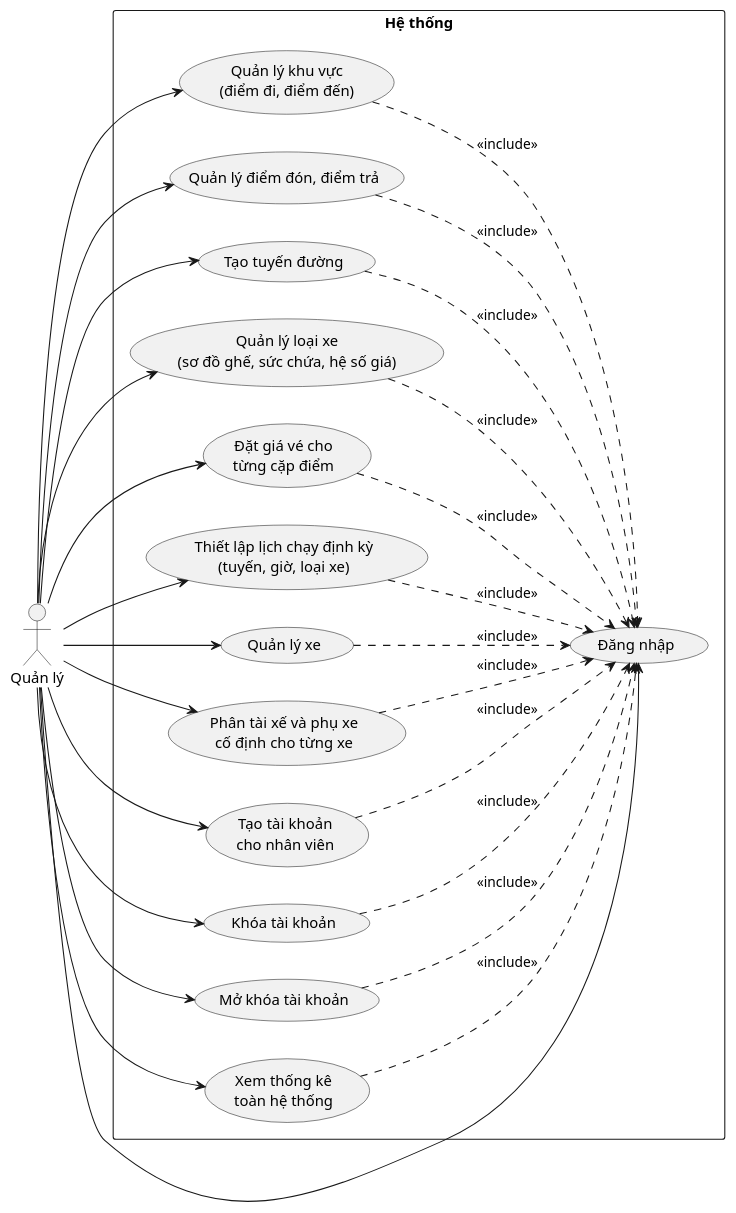
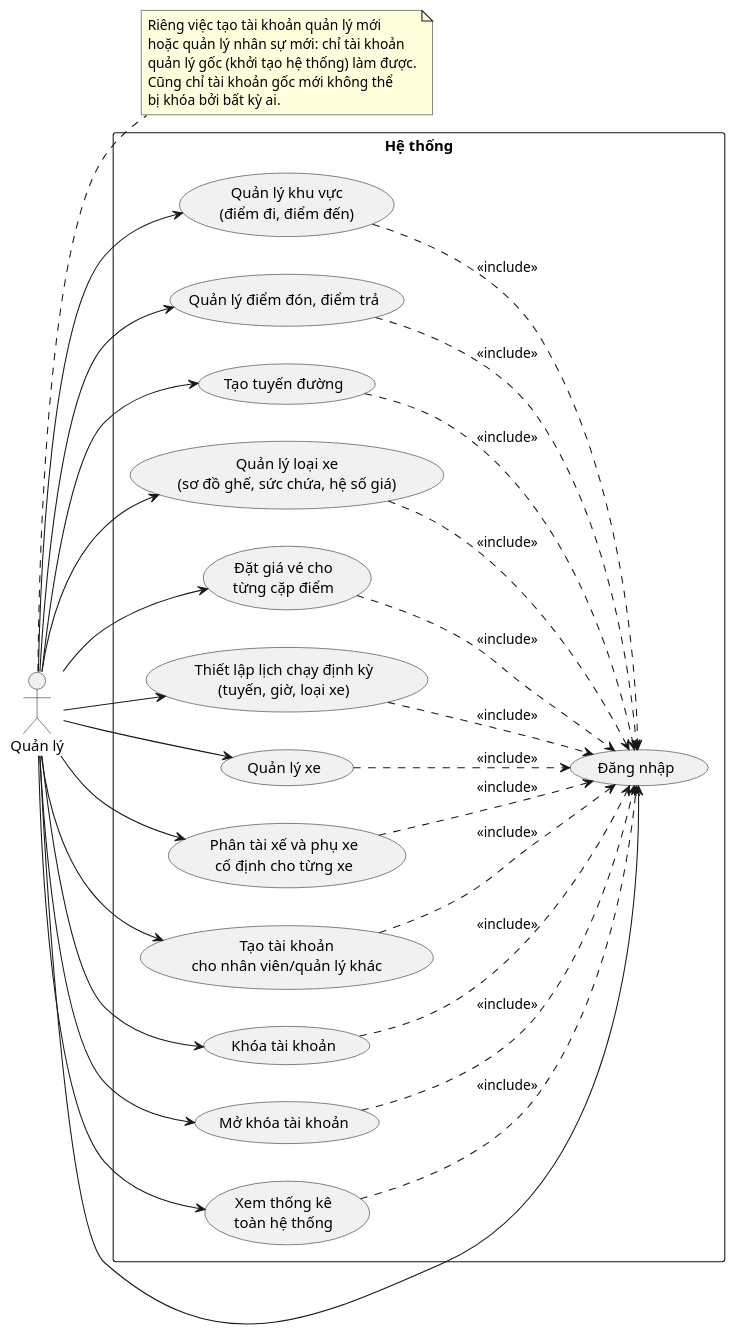
One commit to nguyenvietanhit19/Project1_HeThongQuanLyNhaXeKhachLienTinh changed the sixth of 52 diagrams in UML_DIAGRAMS.md. Above: the diagram before and after it, drawn with PlantUML. The commit also changed other lines of this file and 4 other files, not shown here.

````diff
--- a/UML_DIAGRAMS.md
+++ b/UML_DIAGRAMS.md
@@ -204,49 +204,56 @@
 ```plantuml
 @startuml UseCase_QuanLy
 left to right direction
 actor "Quản lý" as QL
+note right of QL
+  Riêng việc tạo tài khoản quản lý mới
+  hoặc quản lý nhân sự mới: chỉ tài khoản
+  quản lý gốc (khởi tạo hệ thống) làm được.
+  Cũng chỉ tài khoản gốc mới không thể
+  bị khóa bởi bất kỳ ai.
+end note
 
 rectangle "Hệ thống" {
   usecase "Đăng nhập" as UC02
   usecase "Quản lý khu vực\n(điểm đi, điểm đến)" as UC29
   usecase "Quản lý điểm đón, điểm trả" as UC30
   usecase "Tạo tuyến đường" as UC31
   usecase "Quản lý loại xe\n(sơ đồ ghế, sức chứa, hệ số giá)" as UC32
   usecase "Đặt giá vé cho\ntừng cặp điểm" as UC33
   usecase "Thiết lập lịch chạy định kỳ\n(tuyến, giờ, loại xe)" as UC18
   usecase "Quản lý xe" as UC34
   usecase "Phân tài xế và phụ xe\ncố định cho từng xe" as UC35
-  usecase "Tạo tài khoản\ncho nhân viên" as UC36
+  usecase "Tạo tài khoản\ncho nhân viên/quản lý khác" as UC36
   usecase "Khóa tài khoản" as UC37
   usecase "Mở khóa tài khoản" as UC38
   usecase "Xem thống kê\ntoàn hệ thống" as UC39
 }
 
 QL --> UC02
 QL --> UC29
 QL --> UC30
 QL --> UC31
 QL --> UC32
 QL --> UC33
 QL --> UC18
 QL --> UC34
 QL --> UC35
 QL --> UC36
 QL --> UC37
 QL --> UC38
 QL --> UC39
 
 UC29 ..> UC02 : <<include>>
 UC30 ..> UC02 : <<include>>
 UC31 ..> UC02 : <<include>>
 UC32 ..> UC02 : <<include>>
 UC33 ..> UC02 : <<include>>
 UC18 ..> UC02 : <<include>>
 UC34 ..> UC02 : <<include>>
 UC35 ..> UC02 : <<include>>
 UC36 ..> UC02 : <<include>>
 UC37 ..> UC02 : <<include>>
 UC38 ..> UC02 : <<include>>
 UC39 ..> UC02 : <<include>>
 @enduml
 ```
````
